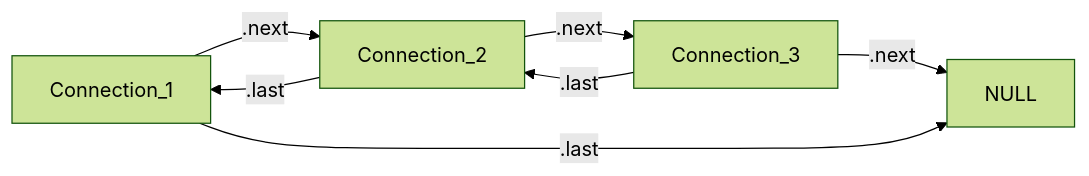
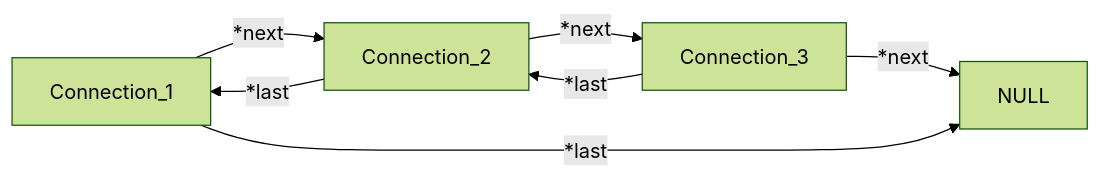
Before and after one commit to maptic/osurs: the third of 5 diagrams in README.md, drawn with Mermaid (forest theme). The commit also changed other lines of this file, not shown here.

Commit message:
Update graphs in README.md

````diff
--- a/README.md
+++ b/README.md
@@ -54,9 +55,9 @@
 ```mermaid
 graph LR;
-  Connection_1-->|.next|Connection_2;
-  Connection_2-->|.next|Connection_3;
-  Connection_3-->|.next|NULL;
-  Connection_3-->|.last|Connection_2;
-  Connection_2-->|.last|Connection_1;
-  Connection_1-->|.last|NULL;
+  Connection_1-->|*next|Connection_2;
+  Connection_2-->|*next|Connection_3;
+  Connection_3-->|*next|NULL;
+  Connection_3-->|*last|Connection_2;
+  Connection_2-->|*last|Connection_1;
+  Connection_1-->|*last|NULL;
 ```
````
